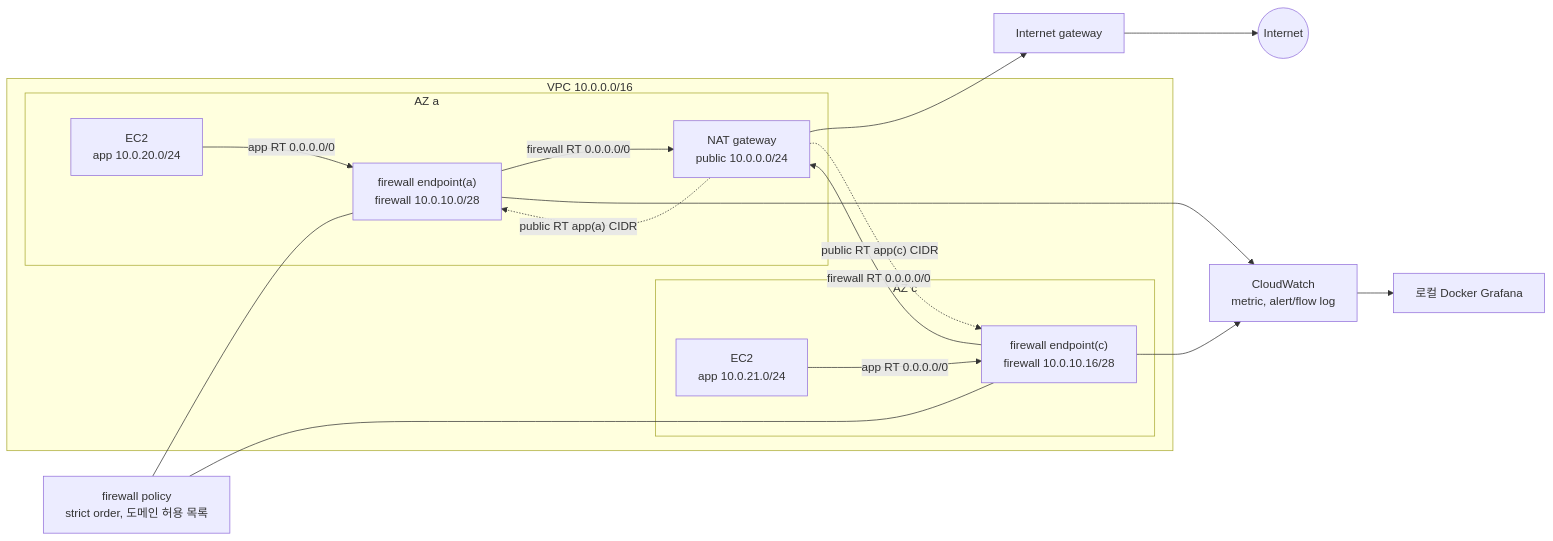
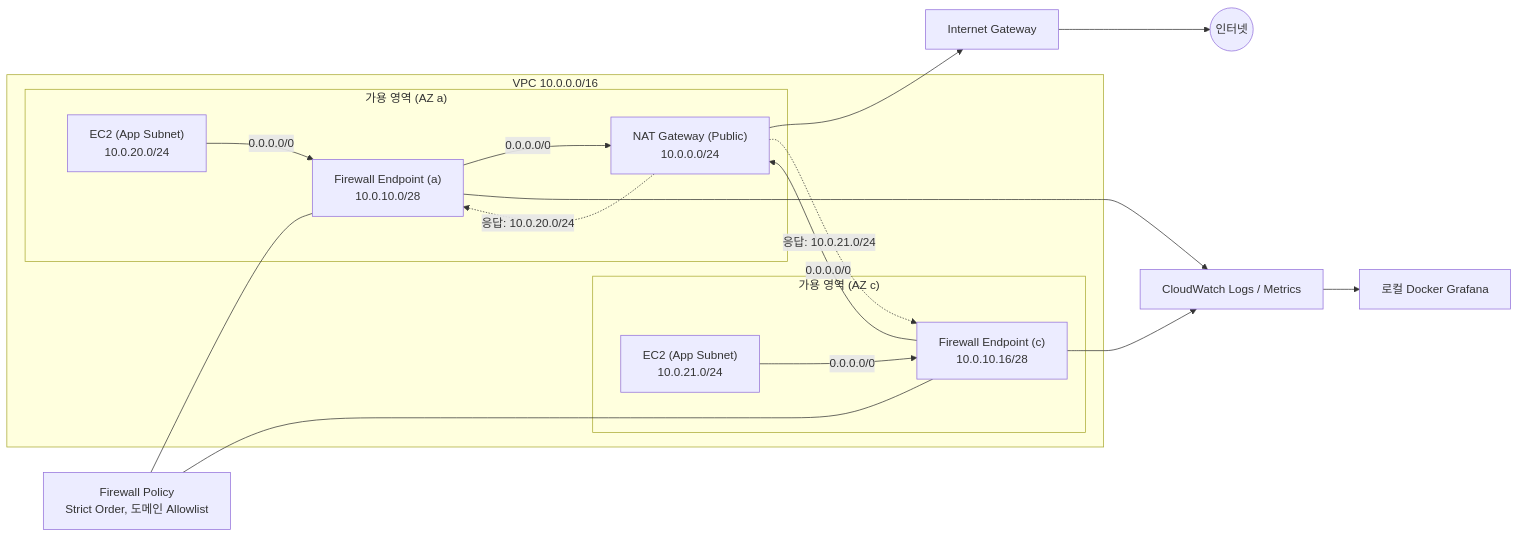
One commit to choisungwook/portfolio changed the diagram in aws/network-firewall/egress-filtering/README.md. Above: the diagram before and after it, drawn with Mermaid. The commit also changed other lines of this file and 9 other files, not shown here.

````diff
--- a/aws/network-firewall/egress-filtering/README.md
+++ b/aws/network-firewall/egress-filtering/README.md
@@ -11,32 +13,32 @@
 ```mermaid
 flowchart LR
   subgraph VPC["VPC 10.0.0.0/16"]
-    subgraph AZA["AZ a"]
-      EC2A["EC2<br/>app 10.0.20.0/24"]
-      VPCEA["firewall endpoint(a)<br/>firewall 10.0.10.0/28"]
-      NAT["NAT gateway<br/>public 10.0.0.0/24"]
+    subgraph AZA["가용 영역 (AZ a)"]
+      EC2A["EC2 (App Subnet)<br/>10.0.20.0/24"]
+      VPCEA["Firewall Endpoint (a)<br/>10.0.10.0/28"]
+      NAT["NAT Gateway (Public)<br/>10.0.0.0/24"]
     end
-    subgraph AZC["AZ c"]
-      EC2C["EC2<br/>app 10.0.21.0/24"]
-      VPCEC["firewall endpoint(c)<br/>firewall 10.0.10.16/28"]
+    subgraph AZC["가용 영역 (AZ c)"]
+      EC2C["EC2 (App Subnet)<br/>10.0.21.0/24"]
+      VPCEC["Firewall Endpoint (c)<br/>10.0.10.16/28"]
     end
   end
-  IGW["Internet gateway"]
-  NET(("Internet"))
-  POLICY["firewall policy<br/>strict order, 도메인 허용 목록"]
-  CW["CloudWatch<br/>metric, alert/flow log"]
+  IGW["Internet Gateway"]
+  NET(("인터넷"))
+  POLICY["Firewall Policy<br/>Strict Order, 도메인 Allowlist"]
+  CW["CloudWatch Logs / Metrics"]
   GRAFANA["로컬 Docker Grafana"]
 
-  EC2A -- "app RT 0.0.0.0/0" --> VPCEA
-  EC2C -- "app RT 0.0.0.0/0" --> VPCEC
-  VPCEA -- "firewall RT 0.0.0.0/0" --> NAT
-  VPCEC -- "firewall RT 0.0.0.0/0" --> NAT
+  EC2A -- "0.0.0.0/0" --> VPCEA
+  EC2C -- "0.0.0.0/0" --> VPCEC
+  VPCEA -- "0.0.0.0/0" --> NAT
+  VPCEC -- "0.0.0.0/0" --> NAT
   NAT --> IGW --> NET
-  NAT -. "public RT app(a) CIDR" .-> VPCEA
-  NAT -. "public RT app(c) CIDR" .-> VPCEC
+  NAT -. "응답: 10.0.20.0/24" .-> VPCEA
+  NAT -. "응답: 10.0.21.0/24" .-> VPCEC
   POLICY --- VPCEA
   POLICY --- VPCEC
   VPCEA --> CW
   VPCEC --> CW
   CW --> GRAFANA
 ```
````
